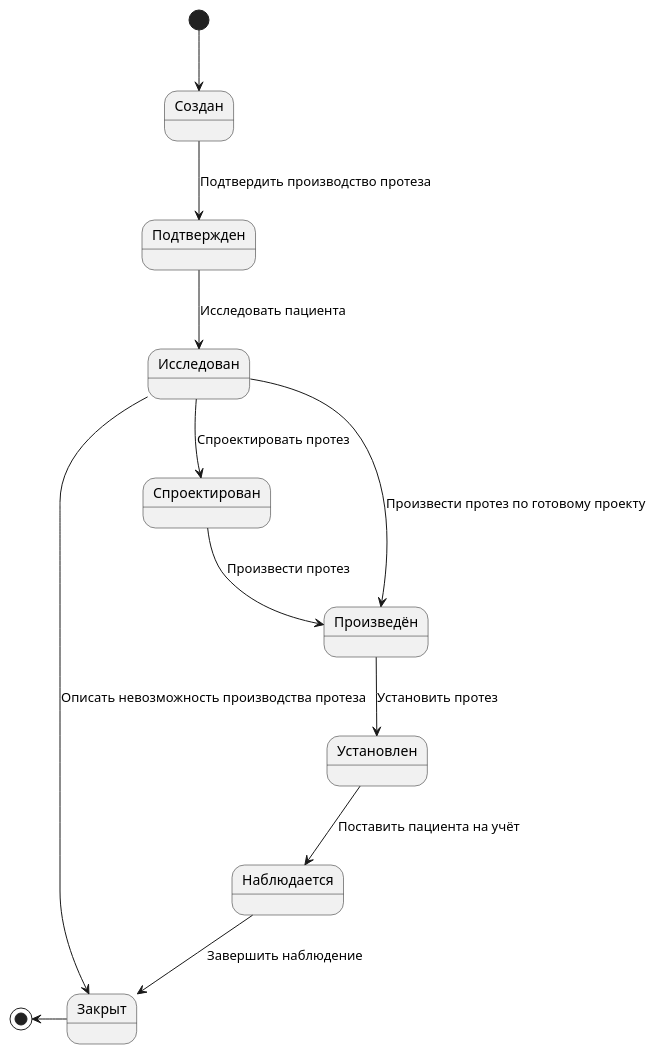
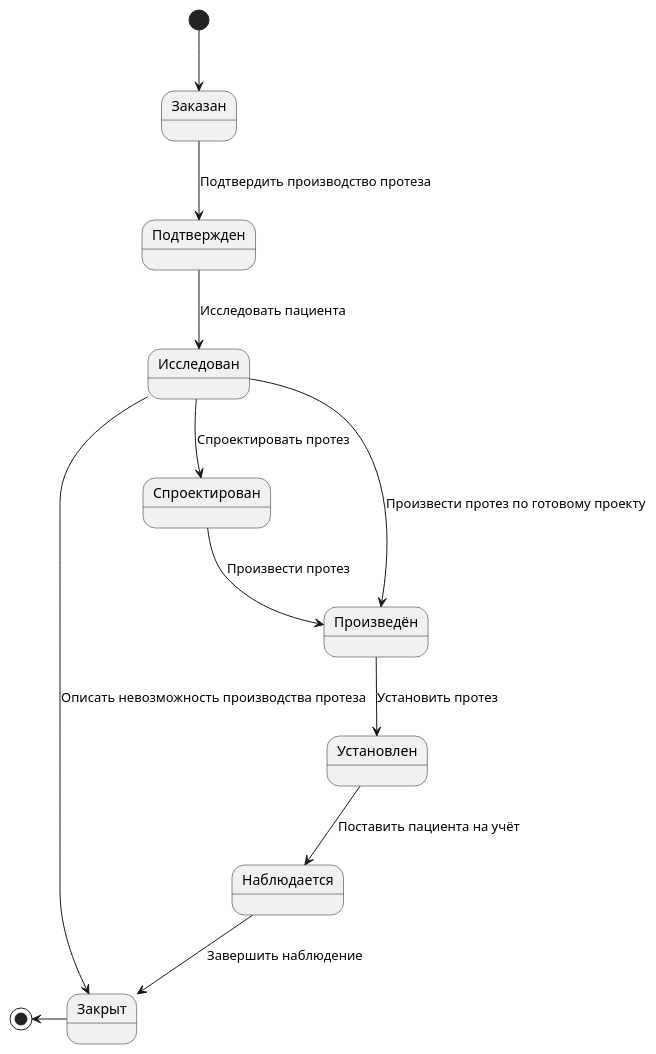
Before and after one commit to Martell805/PKSS: the diagram in pr9/state.puml, drawn with PlantUML.

```diff
--- a/pr9/state.puml
+++ b/pr9/state.puml
@@ -1,13 +1,13 @@
 @startuml
-[*] --> Создан
-Создан --> Подтвержден : Подтвердить производство протеза
+[*] --> Заказан
+Заказан --> Подтвержден : Подтвердить производство протеза
 Подтвержден --> Исследован : Исследовать пациента
 Исследован --> Закрыт : Описать невозможность производства протеза
 Исследован --> Спроектирован : Спроектировать протез
 Спроектирован --> Произведён : Произвести протез
 Исследован --> Произведён : Произвести протез по готовому проекту
 Произведён --> Установлен : Установить протез
 Установлен --> Наблюдается : Поставить пациента на учёт
 Наблюдается --> Закрыт : Завершить наблюдение
 [*] <-- Закрыт
 @enduml
```
